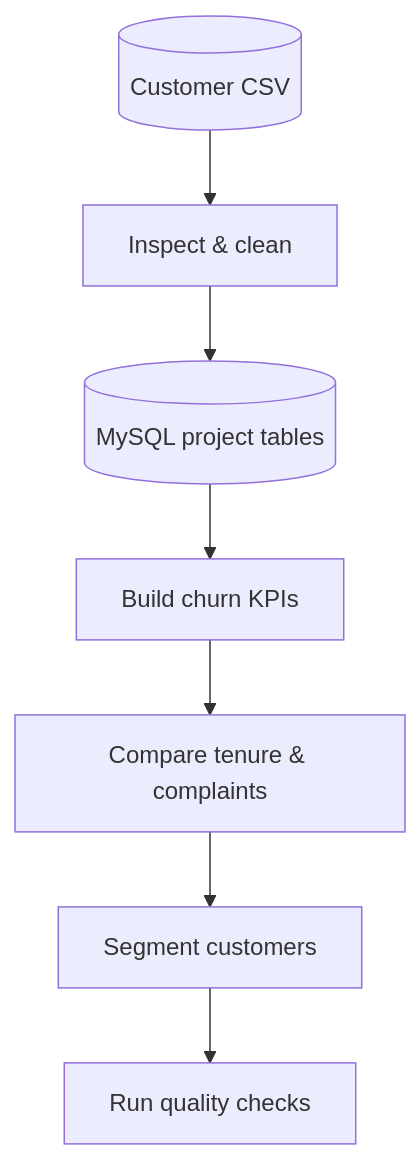
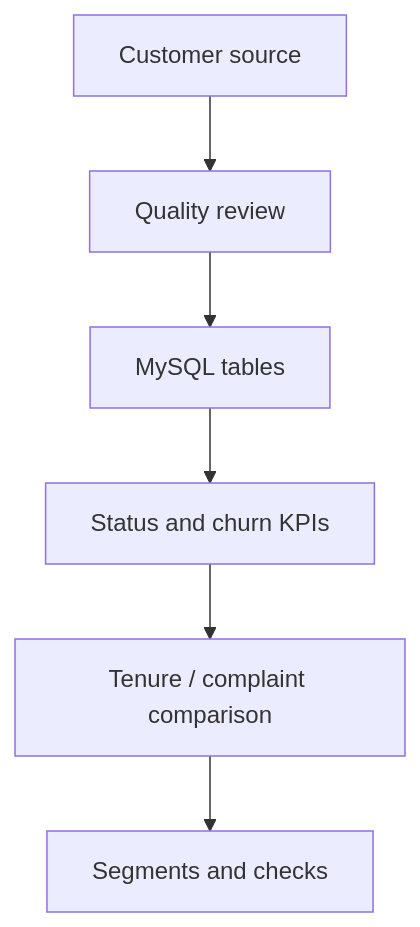
Before and after one commit to shanmukhkoyya/ecommerce-customer-churn-analysis: the diagram in README.md, drawn with Mermaid. The commit also changed other lines of this file, not shown here.

Commit message:
Redesign churn README as investigation dashboard

````diff
--- a/README.md
+++ b/README.md
@@ -22,9 +11,8 @@
 ```mermaid
 flowchart TD
- A[(Customer CSV)] --> B[Inspect & clean]
- B --> C[(MySQL project tables)]
- C --> D[Build churn KPIs]
- D --> E[Compare tenure & complaints]
- E --> F[Segment customers]
- F --> G[Run quality checks]
+ A[Customer source] --> B[Quality review]
+ B --> C[MySQL tables]
+ C --> D[Status and churn KPIs]
+ D --> E[Tenure / complaint comparison]
+ E --> F[Segments and checks]
 ```
````
